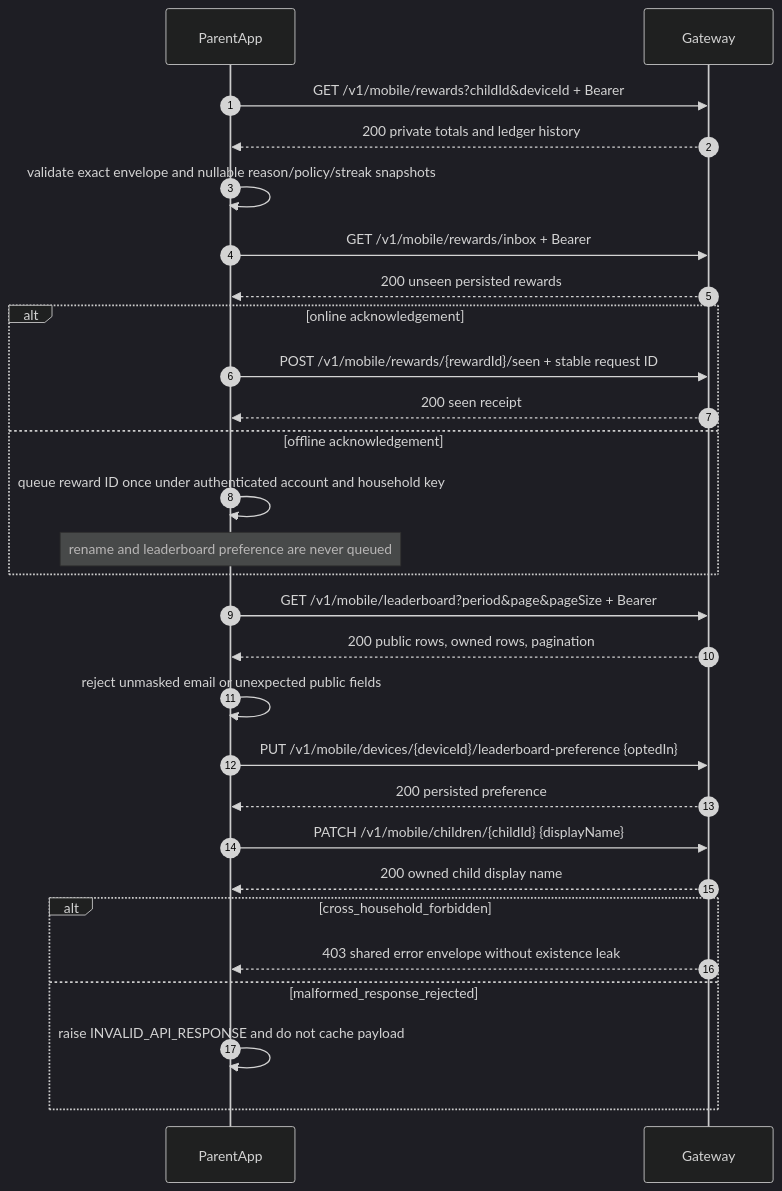
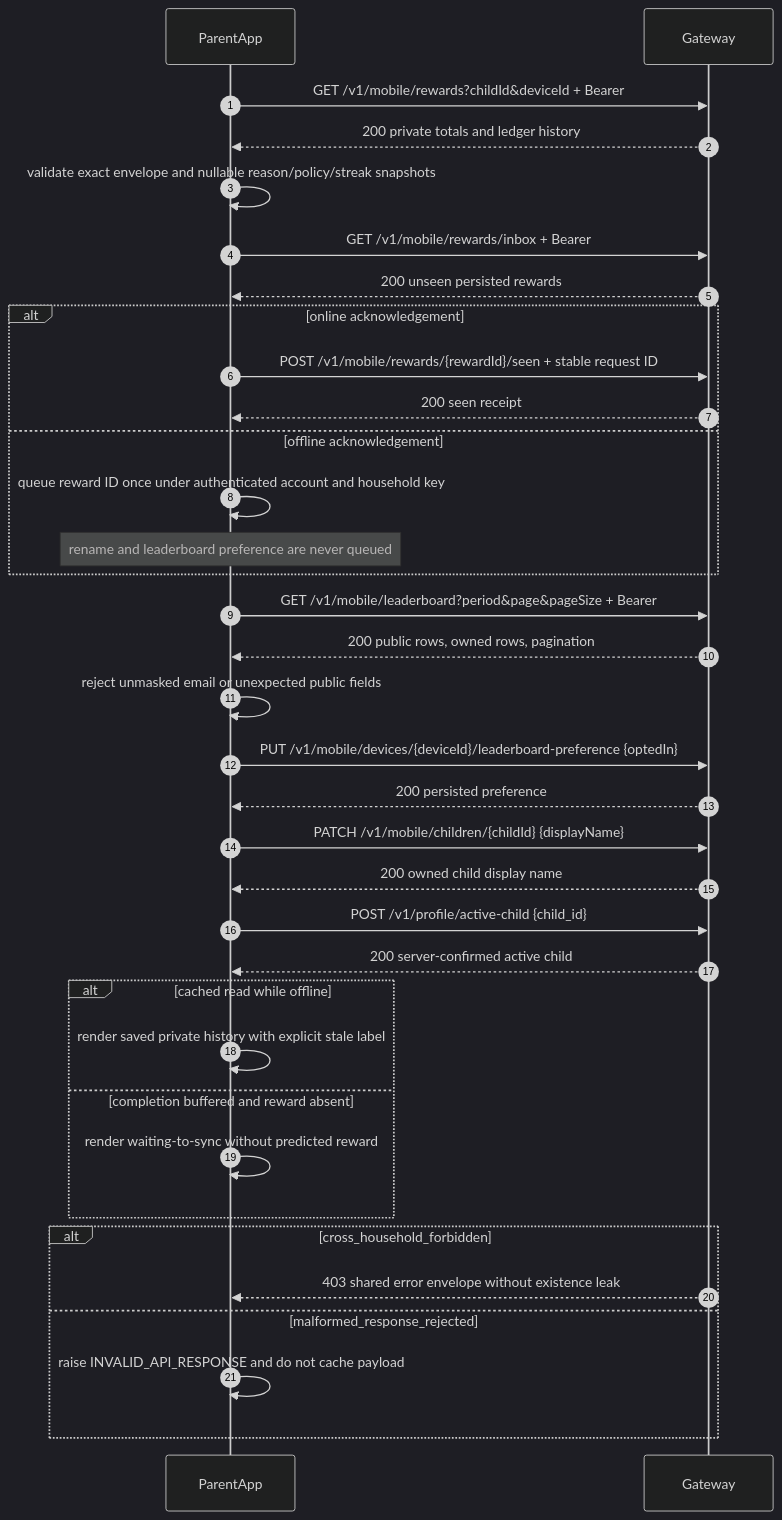
One commit to JSR-Algo/TJBOT-Mobile changed the diagram in migrate-ui-ux-to-mobile-app-docs/sequences/16-mobile/rewards-and-leaderboard-mobile.sequence.mmd. Above: the diagram before and after it, drawn with Mermaid (dark theme). The commit also changed 32 other files, not shown here.

```diff
--- a/migrate-ui-ux-to-mobile-app-docs/sequences/16-mobile/rewards-and-leaderboard-mobile.sequence.mmd
+++ b/migrate-ui-ux-to-mobile-app-docs/sequences/16-mobile/rewards-and-leaderboard-mobile.sequence.mmd
@@ -1,57 +1,66 @@
 ---
 system: sys-16-parent-mobile-application
 flow_id: rewards-and-leaderboard-mobile
 surface: mobile
 spec_anchor: /software/systems/16-parent-mobile-application
 actors: [ParentApp, Gateway]
 apis:
   - GET /v1/mobile/rewards
   - GET /v1/mobile/rewards/inbox
   - POST /v1/mobile/rewards/{rewardId}/seen
   - GET /v1/mobile/leaderboard
   - PUT /v1/mobile/devices/{deviceId}/leaderboard-preference
   - PATCH /v1/mobile/children/{childId}
+  - POST /v1/profile/active-child
 externals: []
 queues: [reward-seen-local-queue]
 failure_paths:
   - malformed_response_rejected
   - cross_household_forbidden
   - offline_seen_ack_queued
 idempotency: reward seen acknowledgement uses a stable reward-derived request ID; preference and child-name mutations are never queued
 retry: cached reads may refresh after reconnect; only reward seen acknowledgement replays from the account-and-household-partitioned local queue
 timeout: authenticated HTTP client default 30 seconds
 status: final
 ---
 sequenceDiagram
     autonumber
     participant ParentApp
     participant Gateway
 
     ParentApp->>Gateway: GET /v1/mobile/rewards?childId&deviceId + Bearer
     Gateway-->>ParentApp: 200 private totals and ledger history
     ParentApp->>ParentApp: validate exact envelope and nullable reason/policy/streak snapshots
 
     ParentApp->>Gateway: GET /v1/mobile/rewards/inbox + Bearer
     Gateway-->>ParentApp: 200 unseen persisted rewards
     alt online acknowledgement
         ParentApp->>Gateway: POST /v1/mobile/rewards/{rewardId}/seen + stable request ID
         Gateway-->>ParentApp: 200 seen receipt
     else offline acknowledgement
         ParentApp->>ParentApp: queue reward ID once under authenticated account and household key
         Note over ParentApp: rename and leaderboard preference are never queued
     end
 
     ParentApp->>Gateway: GET /v1/mobile/leaderboard?period&page&pageSize + Bearer
     Gateway-->>ParentApp: 200 public rows, owned rows, pagination
     ParentApp->>ParentApp: reject unmasked email or unexpected public fields
 
     ParentApp->>Gateway: PUT /v1/mobile/devices/{deviceId}/leaderboard-preference {optedIn}
     Gateway-->>ParentApp: 200 persisted preference
     ParentApp->>Gateway: PATCH /v1/mobile/children/{childId} {displayName}
     Gateway-->>ParentApp: 200 owned child display name
+    ParentApp->>Gateway: POST /v1/profile/active-child {child_id}
+    Gateway-->>ParentApp: 200 server-confirmed active child
+
+    alt cached read while offline
+        ParentApp->>ParentApp: render saved private history with explicit stale label
+    else completion buffered and reward absent
+        ParentApp->>ParentApp: render waiting-to-sync without predicted reward
+    end
 
     alt cross_household_forbidden
         Gateway-->>ParentApp: 403 shared error envelope without existence leak
     else malformed_response_rejected
         ParentApp->>ParentApp: raise INVALID_API_RESPONSE and do not cache payload
     end
```
